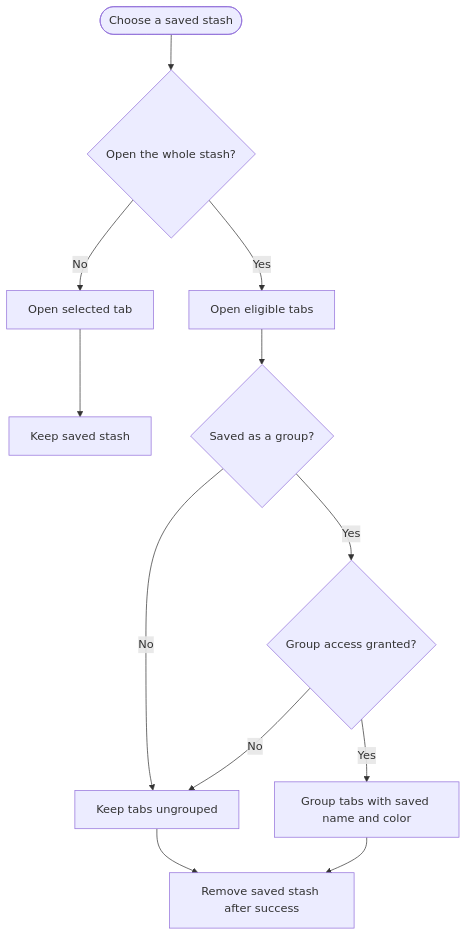
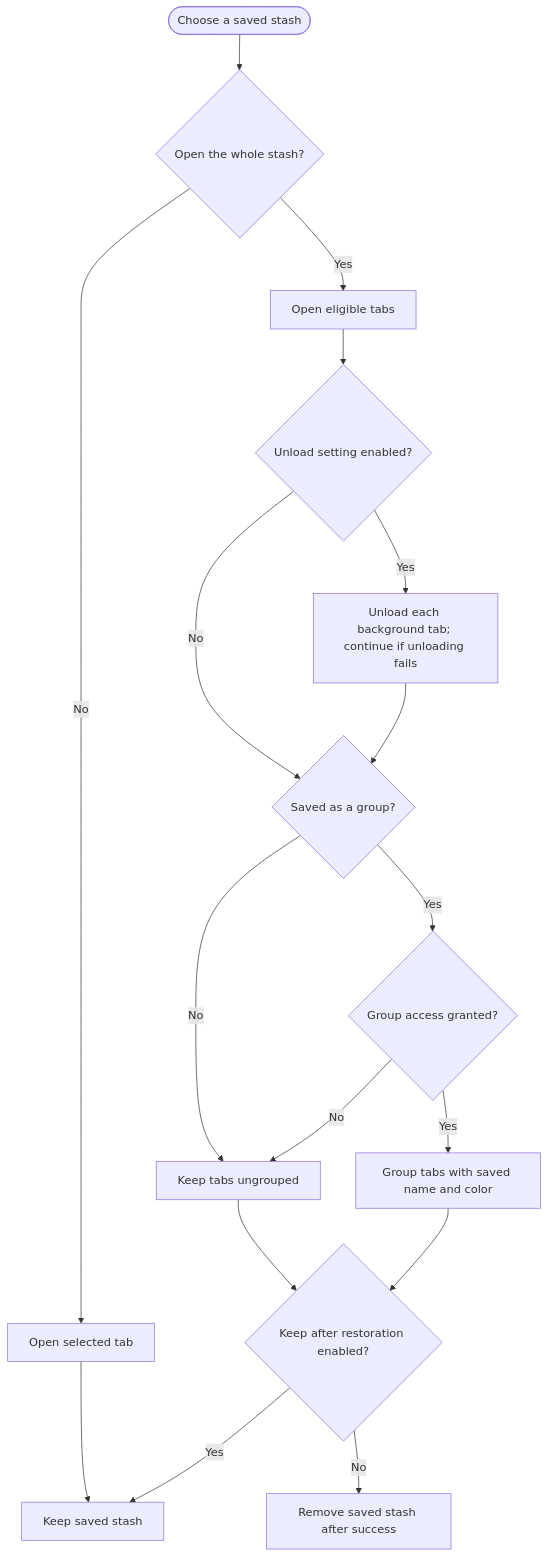
Before and after one commit to taichikuji/Stasher: the second of 2 diagrams in README.md, drawn with Mermaid. The commit also changed other lines of this file and 5 other files, not shown here.

Commit message:
feat(manager): add settings for startup and tab restoration

````diff
--- a/README.md
+++ b/README.md
@@ -59,16 +59,21 @@
 ```mermaid
 flowchart TD
   accTitle: How Stasher restores tabs
-  accDescr: Opening one tab keeps the stash. Restoring a whole stash opens eligible tabs, groups them only for a saved group with permission, and removes the stash after a successful restore.
+  accDescr: Opening one tab keeps the stash. Restoring a whole stash opens eligible background tabs, optionally unloads them, groups saved groups with permission, and keeps or removes the stash according to Settings after success. Restoration failures preserve the stash.
   Start(["Choose a saved stash"]) --> Whole{"Open the whole stash?"}
   Whole -->|No| Single["Open selected tab"]
   Single --> Keep["Keep saved stash"]
   Whole -->|Yes| Open["Open eligible tabs"]
-  Open --> Group{"Saved as a group?"}
+  Open --> Unload{"Unload setting enabled?"}
+  Unload -->|Yes| Discard["Unload each background tab; continue if unloading fails"]
+  Unload -->|No| Group{"Saved as a group?"}
+  Discard --> Group
   Group -->|No| Ordinary["Keep tabs ungrouped"]
   Group -->|Yes| Access{"Group access granted?"}
   Access -->|No| Ordinary
   Access -->|Yes| Grouped["Group tabs with saved name and color"]
-  Ordinary --> Remove["Remove saved stash after success"]
-  Grouped --> Remove
+  Ordinary --> Retain{"Keep after restoration enabled?"}
+  Grouped --> Retain
+  Retain -->|Yes| Keep
+  Retain -->|No| Remove["Remove saved stash after success"]
 ```
````
